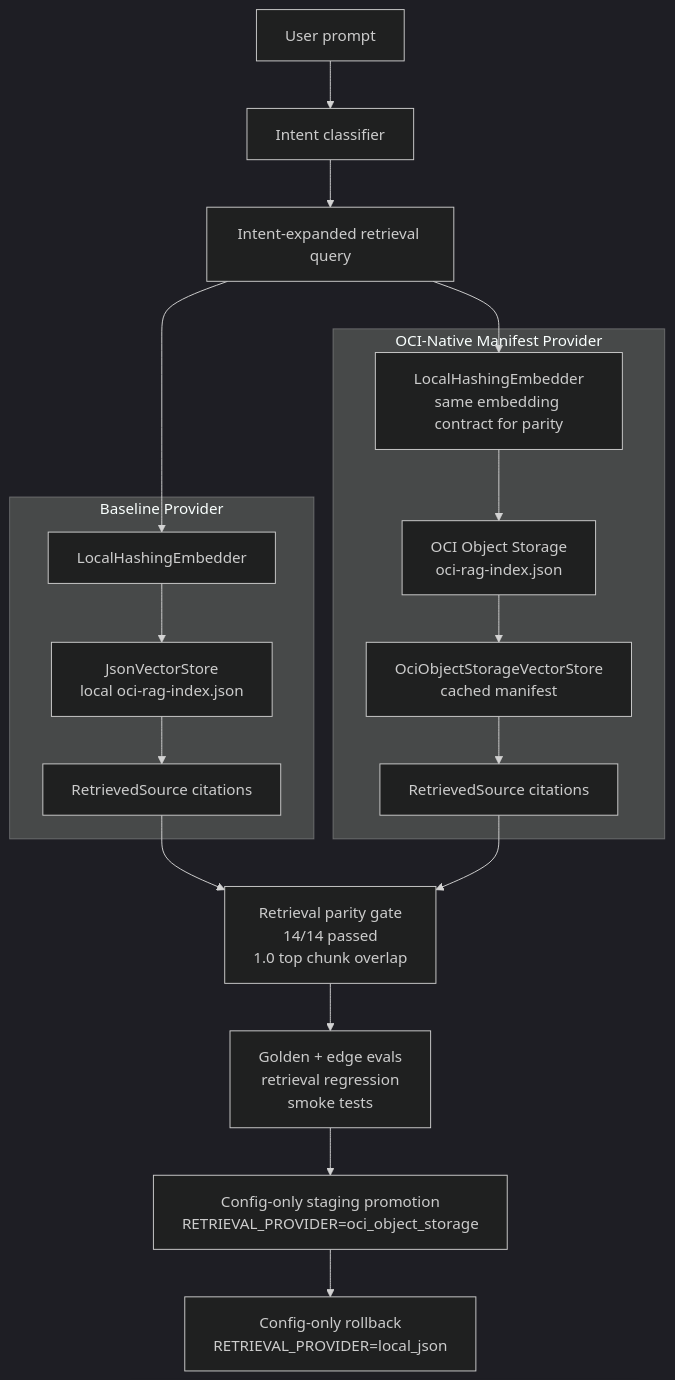
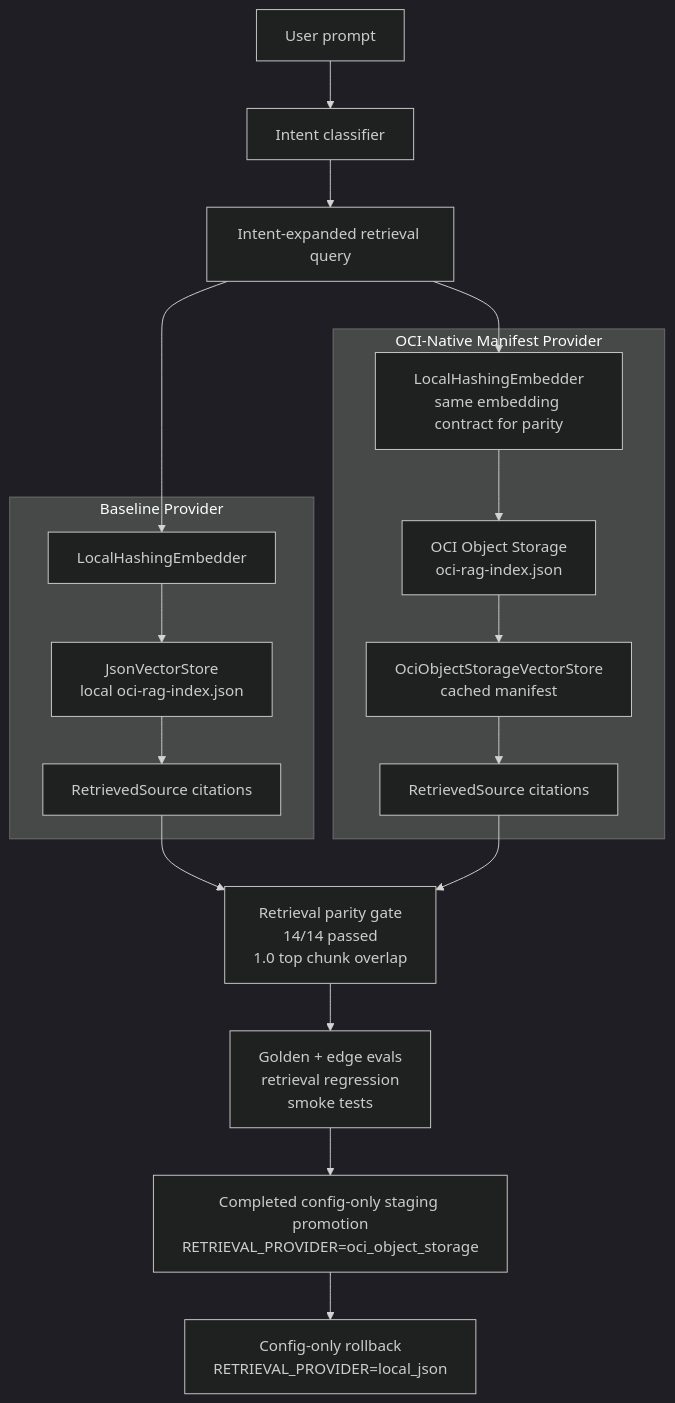
One commit to BfShaik/OCI-Architecture-Studio changed the second of 5 diagrams in docs/architecture-diagrams.md. Above: the diagram before and after it, drawn with Mermaid (dark theme). The commit also changed other lines of this file and 19 other files, not shown here.

Commit message:
Promote staging retrieval to Object Storage

````diff
--- a/docs/architecture-diagrams.md
+++ b/docs/architecture-diagrams.md
@@ -50,31 +52,31 @@
 ```mermaid
 flowchart TD
   Prompt["User prompt"]
   Classifier["Intent classifier"]
   Query["Intent-expanded retrieval query"]
 
   subgraph Local["Baseline Provider"]
     LocalEmbed["LocalHashingEmbedder"]
     LocalStore["JsonVectorStore\nlocal oci-rag-index.json"]
     LocalResults["RetrievedSource citations"]
   end
 
   subgraph OCIManifest["OCI-Native Manifest Provider"]
     OCIEmbed["LocalHashingEmbedder\nsame embedding contract for parity"]
     ObjectStore["OCI Object Storage\noci-rag-index.json"]
     OCIStore["OciObjectStorageVectorStore\ncached manifest"]
     OCIResults["RetrievedSource citations"]
   end
 
   Parity["Retrieval parity gate\n14/14 passed\n1.0 top chunk overlap"]
   EvalGate["Golden + edge evals\nretrieval regression\nsmoke tests"]
-  Promote["Config-only staging promotion\nRETRIEVAL_PROVIDER=oci_object_storage"]
+  Promote["Completed config-only staging promotion\nRETRIEVAL_PROVIDER=oci_object_storage"]
   Rollback["Config-only rollback\nRETRIEVAL_PROVIDER=local_json"]
 
   Prompt --> Classifier --> Query
   Query --> LocalEmbed --> LocalStore --> LocalResults --> Parity
   Query --> OCIEmbed --> ObjectStore --> OCIStore --> OCIResults --> Parity
   Parity --> EvalGate
   EvalGate --> Promote
   Promote --> Rollback
 ```
````
